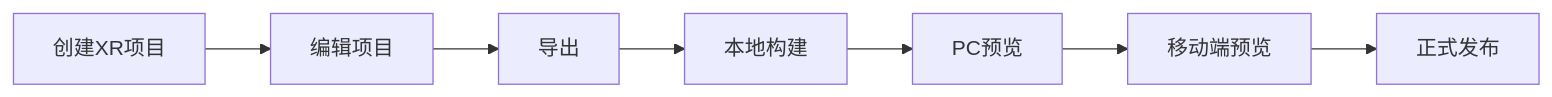
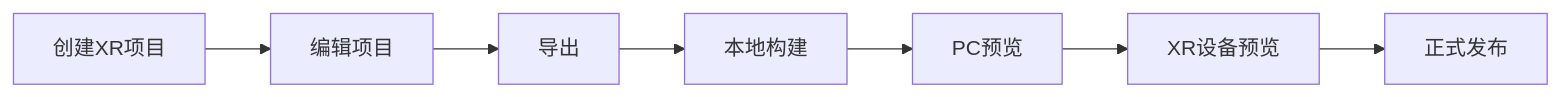
Before and after one commit to galacean/galacean.github.io: the diagram in docs/xr-start.zh-CN.md, drawn with Mermaid. The commit also changed other lines of this file and 7 other files, not shown here.

````diff
--- a/docs/xr-start.zh-CN.md
+++ b/docs/xr-start.zh-CN.md
@@ -10,4 +10,4 @@
 ```mermaid
 flowchart LR
-   创建XR项目 --> 编辑项目 --> 导出 --> 本地构建 --> PC预览 --> 移动端预览 --> 正式发布
+   创建XR项目 --> 编辑项目 --> 导出 --> 本地构建 --> PC预览 --> XR设备预览 --> 正式发布
 ```
````
